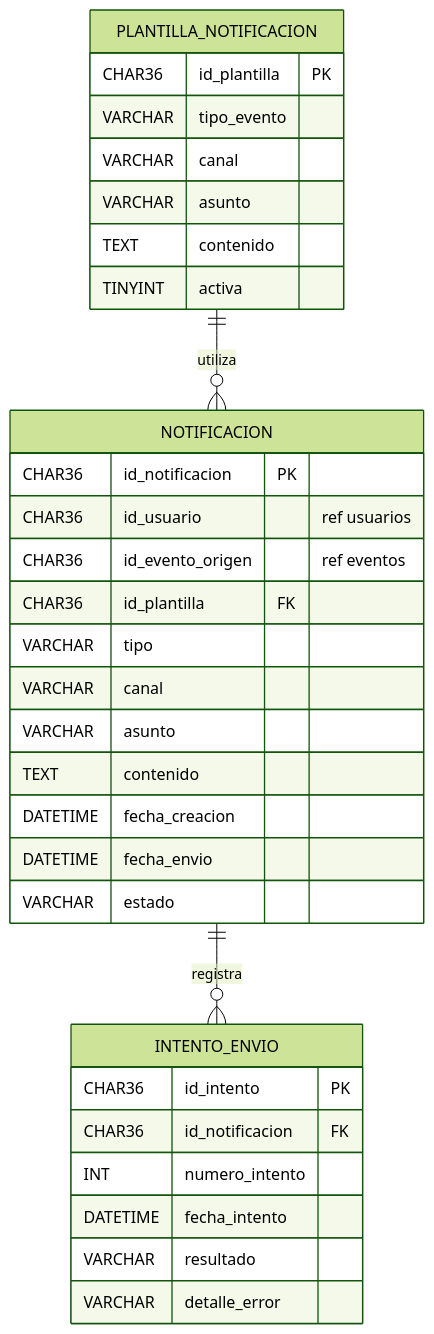
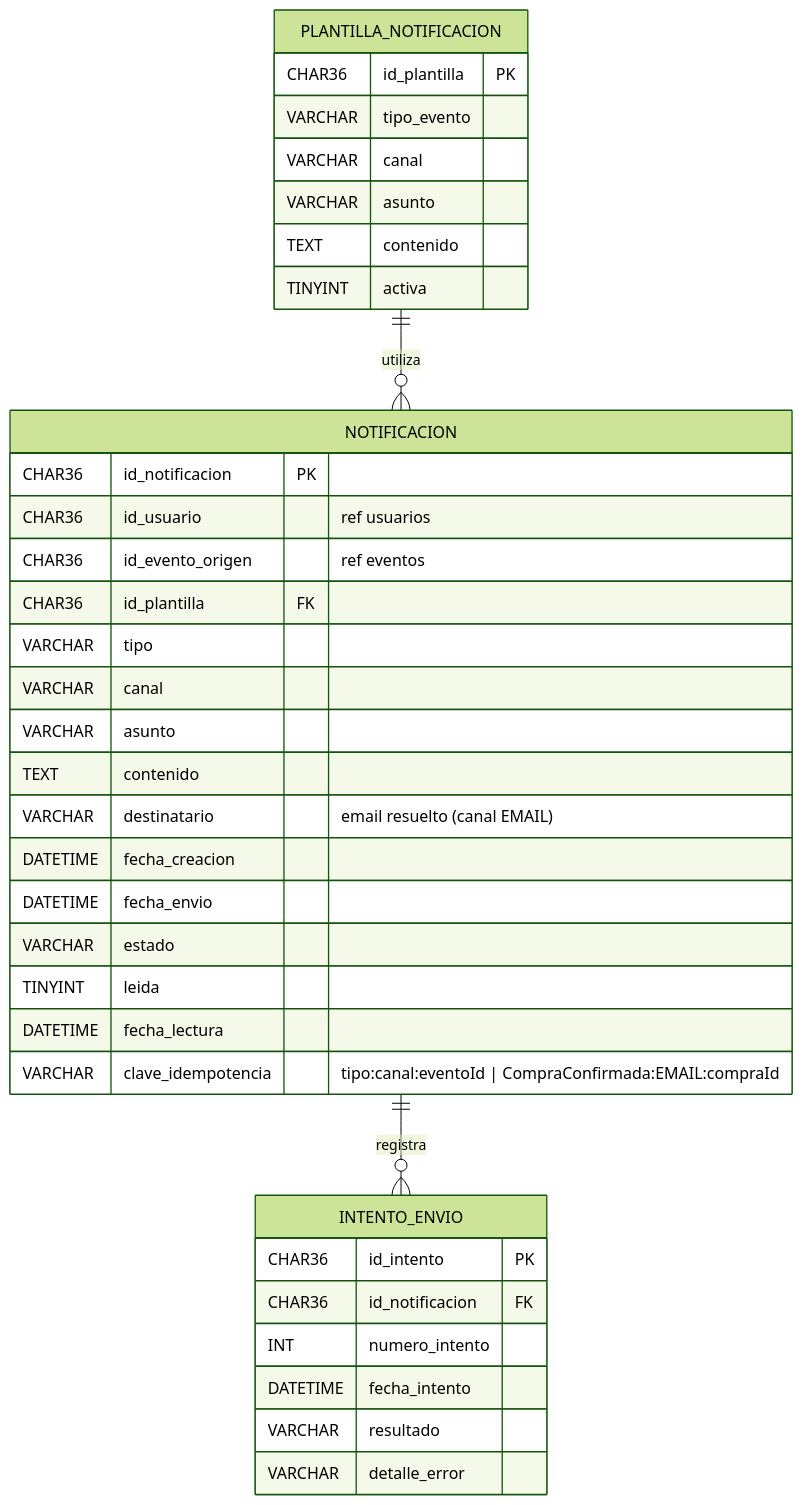
One commit to florAlar/ticketYa changed the fifth of 5 diagrams in Backend/docs/modelo-datos.md. Above: the diagram before and after it, drawn with Mermaid (forest theme). The commit also changed 76 other files, not shown here.

````diff
--- a/Backend/docs/modelo-datos.md
+++ b/Backend/docs/modelo-datos.md
@@ -232,35 +232,39 @@
 ```mermaid
 erDiagram
     PLANTILLA_NOTIFICACION ||--o{ NOTIFICACION : utiliza
     NOTIFICACION ||--o{ INTENTO_ENVIO : registra
 
     PLANTILLA_NOTIFICACION {
         CHAR36 id_plantilla PK
         VARCHAR tipo_evento
         VARCHAR canal
         VARCHAR asunto
         TEXT contenido
         TINYINT activa
     }
     NOTIFICACION {
         CHAR36 id_notificacion PK
         CHAR36 id_usuario "ref usuarios"
         CHAR36 id_evento_origen "ref eventos"
         CHAR36 id_plantilla FK
         VARCHAR tipo
         VARCHAR canal
         VARCHAR asunto
         TEXT contenido
+        VARCHAR destinatario "email resuelto (canal EMAIL)"
         DATETIME fecha_creacion
         DATETIME fecha_envio
         VARCHAR estado
+        TINYINT leida
+        DATETIME fecha_lectura
+        VARCHAR clave_idempotencia "tipo:canal:eventoId | CompraConfirmada:EMAIL:compraId"
     }
     INTENTO_ENVIO {
         CHAR36 id_intento PK
         CHAR36 id_notificacion FK
         INT numero_intento
         DATETIME fecha_intento
         VARCHAR resultado
         VARCHAR detalle_error
     }
 ```
````
